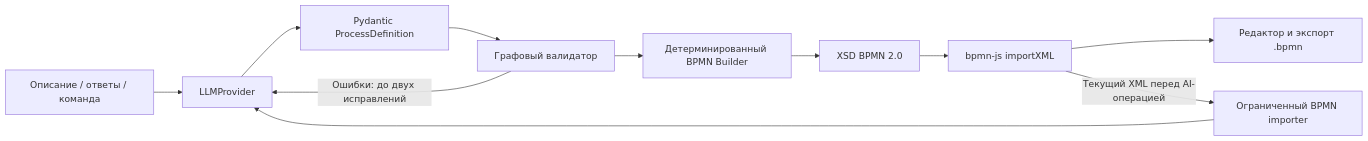
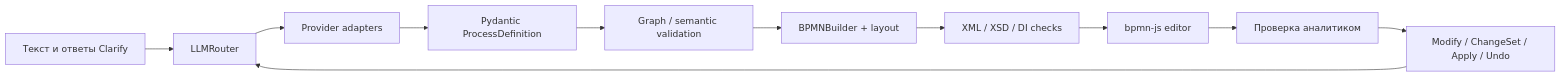
The diagram in README.md (Dteaher/pulse-ai), drawn with Mermaid before and after one commit. The commit also changed other lines of this file and 17 other files, not shown here.

````diff
--- a/README.md
+++ b/README.md
@@ -19,13 +39,13 @@
 ```mermaid
 flowchart LR
-  A[Описание / ответы / команда] --> B[LLMProvider]
-  B --> C[Pydantic ProcessDefinition]
-  C --> D[Графовый валидатор]
-  D -- Ошибки: до двух исправлений --> B
-  D --> E[Детерминированный BPMN Builder]
-  E --> F[XSD BPMN 2.0]
-  F --> G[bpmn-js importXML]
-  G --> H[Редактор и экспорт .bpmn]
-  G -- Текущий XML перед AI-операцией --> I[Ограниченный BPMN importer]
-  I --> B
+  U[Текст и ответы Clarify] --> R[LLMRouter]
+  R --> P[Provider adapters]
+  P --> J[Pydantic ProcessDefinition]
+  J --> V[Graph / semantic validation]
+  V --> B[BPMNBuilder + layout]
+  B --> X[XML / XSD / DI checks]
+  X --> E[bpmn-js editor]
+  E --> H[Проверка аналитиком]
+  H --> M[Modify / ChangeSet / Apply / Undo]
+  M --> R
 ```
````
